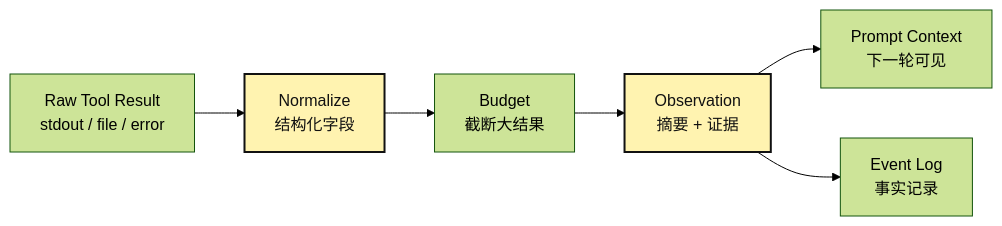
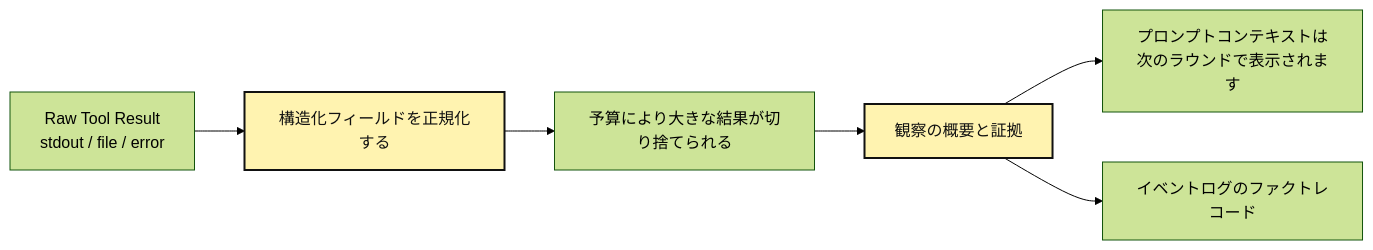
The diagram in src/content/blog/ja/AI/build-harness/assets/00-08-minimal-agent-loop/mermaid-05.mmd (LienJack/learn-agent), drawn with Mermaid (forest theme) before and after one commit. The commit also changed 665 other files, not shown here.

```diff
--- a/src/content/blog/ja/AI/build-harness/assets/00-08-minimal-agent-loop/mermaid-05.mmd
+++ b/src/content/blog/ja/AI/build-harness/assets/00-08-minimal-agent-loop/mermaid-05.mmd
@@ -1,11 +1,11 @@
 flowchart LR
-  R["Raw Tool Result\nstdout / file / error"] --> N["Normalize\n结构化字段"]
-  N --> B["Budget\n截断大结果"]
-  B --> O["Observation\n摘要 + 证据"]
-  O --> P["Prompt Context\n下一轮可见"]
-  O --> E["Event Log\n事实记录"]
+  R["Raw Tool Result\nstdout / file / error"] --> N["構造化フィールドを正規化する"]
+  N --> B["予算により大きな結果が切り捨てられる"]
+  B --> O["観察の概要と証拠"]
+  O --> P["プロンプトコンテキストは次のラウンドで表示されます"]
+  O --> E["イベントログのファクトレコード"]
 
   N:::hot
   O:::hot
 
   classDef hot fill:#fff3b0,stroke:#111,stroke-width:2px,color:#111;
```
